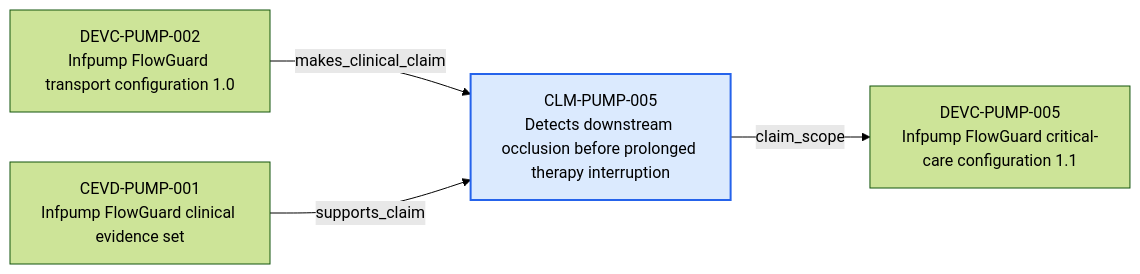
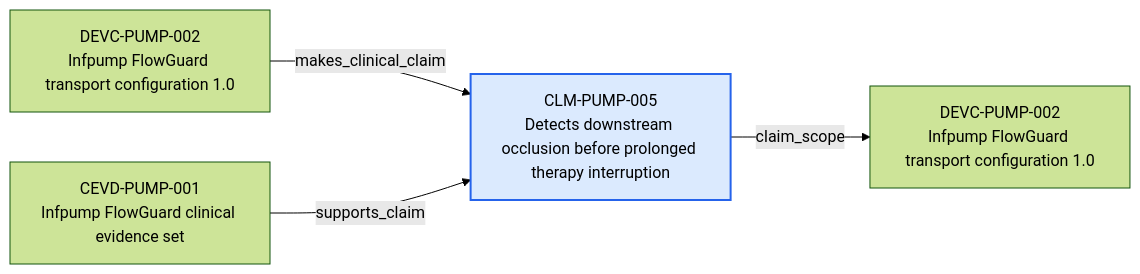
The diagram in content/06-Infpump FlowGuard ontology notes/clinical-claim/CLM-PUMP-005-detects-downstream-occlusion-before-prolonged-therapy-interruption.md (mvattulainen/mdrontology), drawn with Mermaid (forest theme) before and after one commit. The commit also changed other lines of this file and 321 other files, not shown here.

Commit message:
Implement Mermaid ontology audit findings

````diff
--- a/content/06-Infpump FlowGuard ontology notes/clinical-claim/CLM-PUMP-005-detects-downstream-occlusion-before-prolonged-therapy-interruption.md
+++ b/content/06-Infpump FlowGuard ontology notes/clinical-claim/CLM-PUMP-005-detects-downstream-occlusion-before-prolonged-therapy-interruption.md
@@ -69,12 +71,12 @@
 ```mermaid
 flowchart LR
   CURRENT["CLM-PUMP-005<br/>Detects downstream occlusion before prolonged therapy interruption"]
   PREV0["DEVC-PUMP-002<br/>Infpump FlowGuard transport configuration 1.0"]
   PREV0 -->|"makes_clinical_claim"| CURRENT
   PREV1["CEVD-PUMP-001<br/>Infpump FlowGuard clinical evidence set"]
   PREV1 -->|"supports_claim"| CURRENT
-  NEXT0["DEVC-PUMP-005<br/>Infpump FlowGuard critical-care configuration 1.1"]
+  NEXT0["DEVC-PUMP-002<br/>Infpump FlowGuard transport configuration 1.0"]
   CURRENT -->|"claim_scope"| NEXT0
   classDef current fill:#dbeafe,stroke:#2563eb,stroke-width:2px
   class CURRENT current
 ```
````
